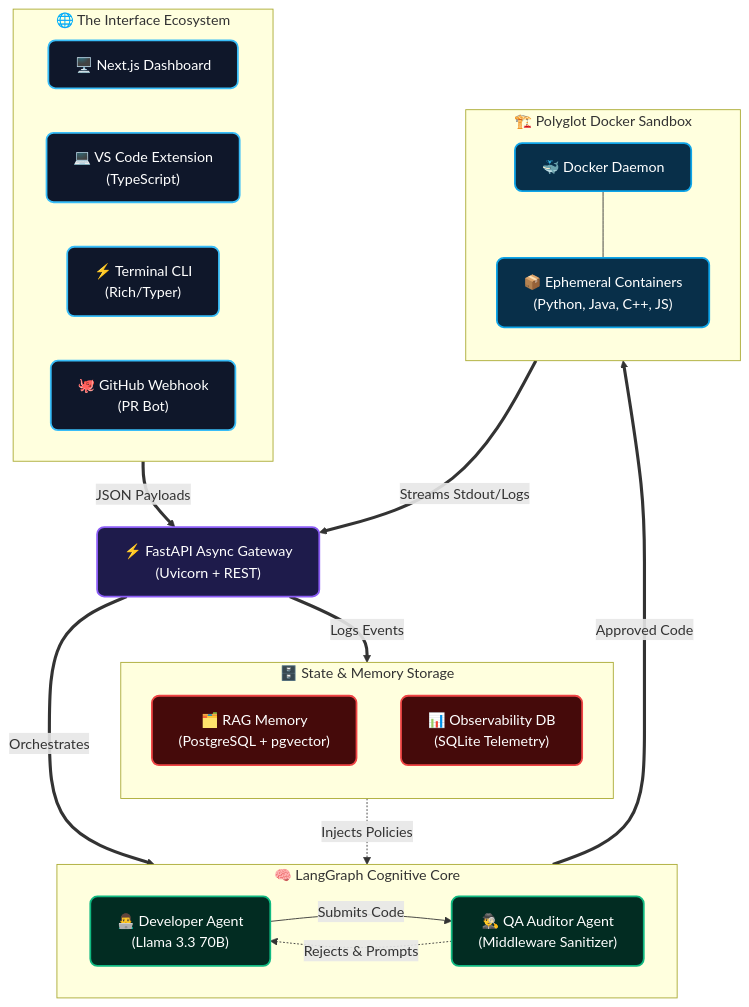
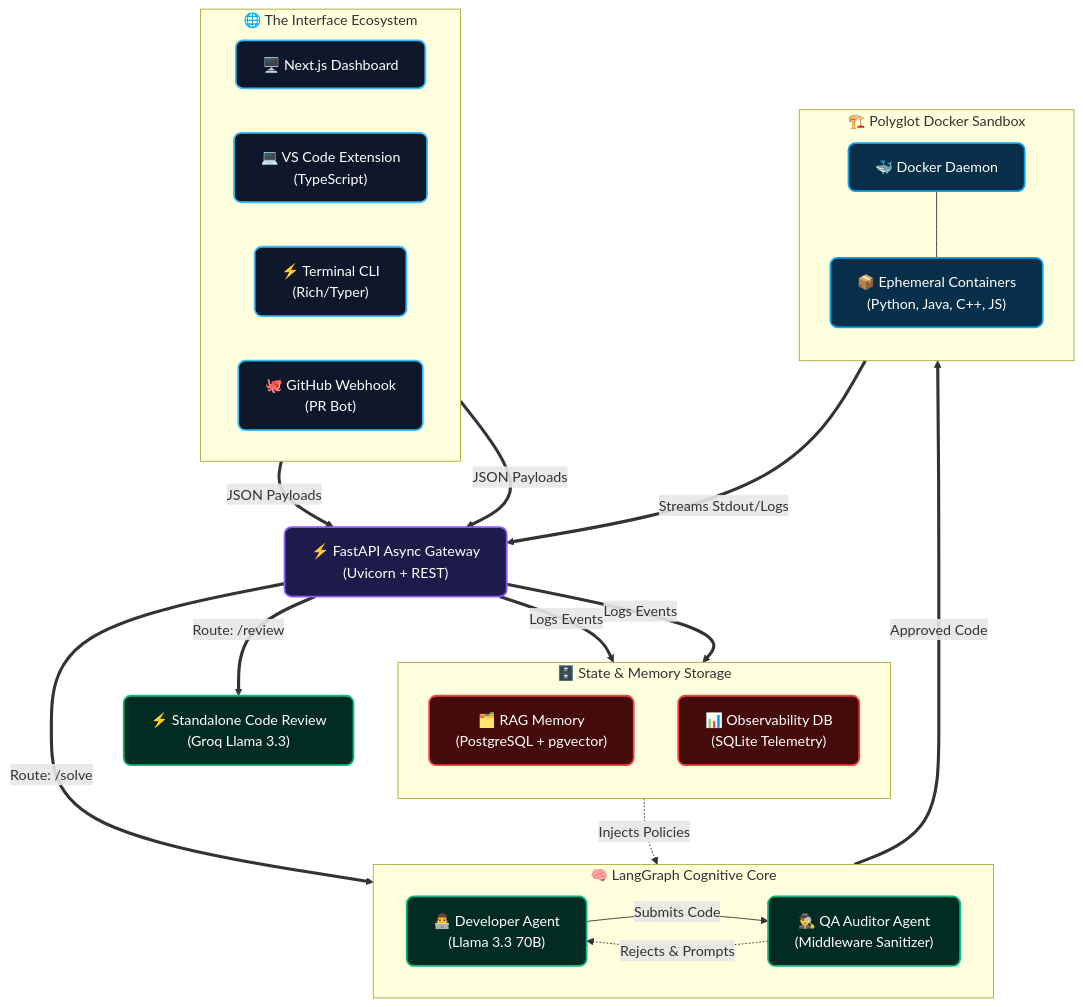
The diagram in README.md (Arjo216/CodeOps-ULTRA), drawn with Mermaid before and after one commit. The commit also changed other lines of this file, not shown here.

First line of the commit message:
Revise README with updates to CLI and Cognitive Core

````diff
--- a/README.md
+++ b/README.md
@@ -91,54 +102,58 @@
 ```mermaid
 graph TD
     %% Custom Enterprise Styling
     classDef interface fill:#0f172a,stroke:#38bdf8,stroke-width:2px,color:#fff,rx:8px,ry:8px
     classDef gateway fill:#1e1b4b,stroke:#8b5cf6,stroke-width:2px,color:#fff,rx:8px,ry:8px
     classDef agent fill:#022c22,stroke:#10b981,stroke-width:2px,color:#fff,rx:8px,ry:8px
     classDef db fill:#450a0a,stroke:#ef4444,stroke-width:2px,color:#fff,rx:8px,ry:8px
     classDef docker fill:#082f49,stroke:#0ea5e9,stroke-width:2px,color:#fff,rx:8px,ry:8px
 
     %% Interface Layer
     subgraph Interfaces["🌐 The Interface Ecosystem"]
         direction LR
         UI["🖥️ Next.js Dashboard"]:::interface
         VSC["💻 VS Code Extension<br>(TypeScript)"]:::interface
         CLI["⚡ Terminal CLI<br>(Rich/Typer)"]:::interface
         GH["🐙 GitHub Webhook<br>(PR Bot)"]:::interface
     end
 
     %% Gateway
     API["⚡ FastAPI Async Gateway<br>(Uvicorn + REST)"]:::gateway
 
     %% Cognitive Core
     subgraph Cognitive["🧠 LangGraph Cognitive Core"]
         direction LR
         Dev["👨‍💻 Developer Agent<br>(Llama 3.3 70B)"]:::agent
         QA["🕵️‍♂️ QA Auditor Agent<br>(Middleware Sanitizer)"]:::agent
         Dev -->|Submits Code| QA
         QA -.->|Rejects & Prompts| Dev
     end
 
     %% Memory & Telemetry
     subgraph Storage["🗄️ State & Memory Storage"]
         direction TB
         VectorDB["🗂️ RAG Memory<br>(PostgreSQL + pgvector)"]:::db
         SQLite["📊 Observability DB<br>(SQLite Telemetry)"]:::db
     end
 
     %% Execution Engine
     subgraph Execution["🏗️ Polyglot Docker Sandbox"]
         direction TB
         Docker["🐳 Docker Daemon"]:::docker
         Sandbox["📦 Ephemeral Containers<br>(Python, Java, C++, JS)"]:::docker
         Docker --- Sandbox
     end
 
     %% Routing
     Interfaces ==>|JSON Payloads| API
-    API ==>|Orchestrates| Cognitive
+    %% Routing
+    Interfaces ==>|JSON Payloads| API
+    API ==>|Route: /solve| Cognitive
+    API ==>|Route: /review| FastReview["⚡ Standalone Code Review<br>(Groq Llama 3.3)"]:::agent
+    API ==>|Logs Events| SQLite
     API ==>|Logs Events| SQLite
     
     VectorDB -.->|Injects Policies| Dev
     QA ==>|Approved Code| Docker
     Sandbox ==>|Streams Stdout/Logs| API
 ```
````
